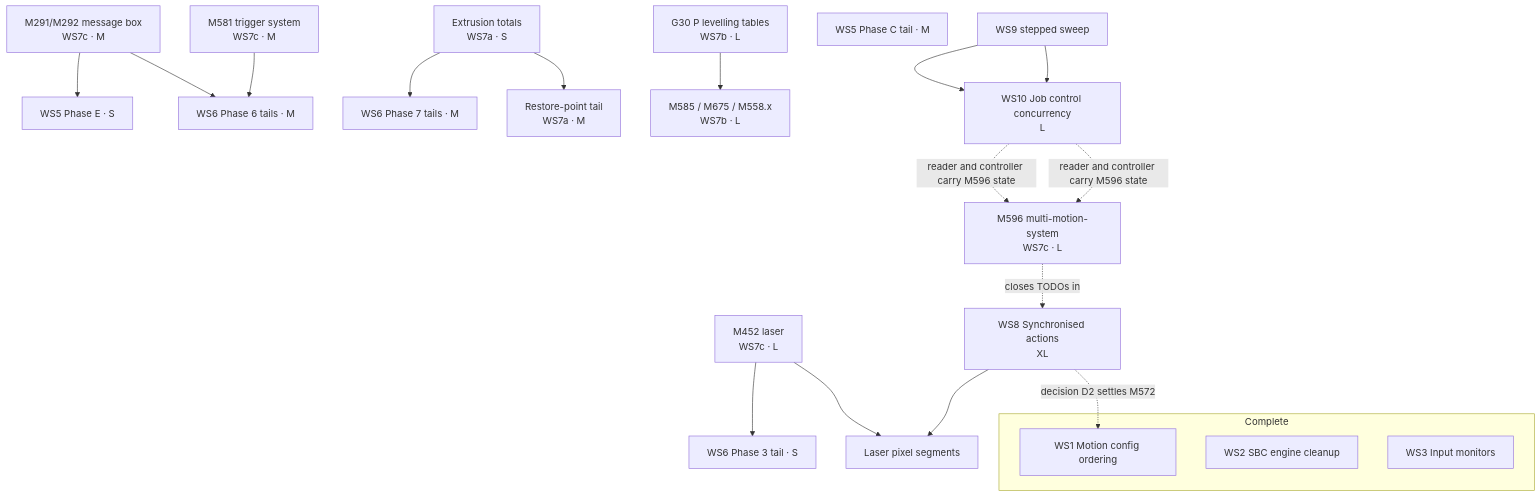
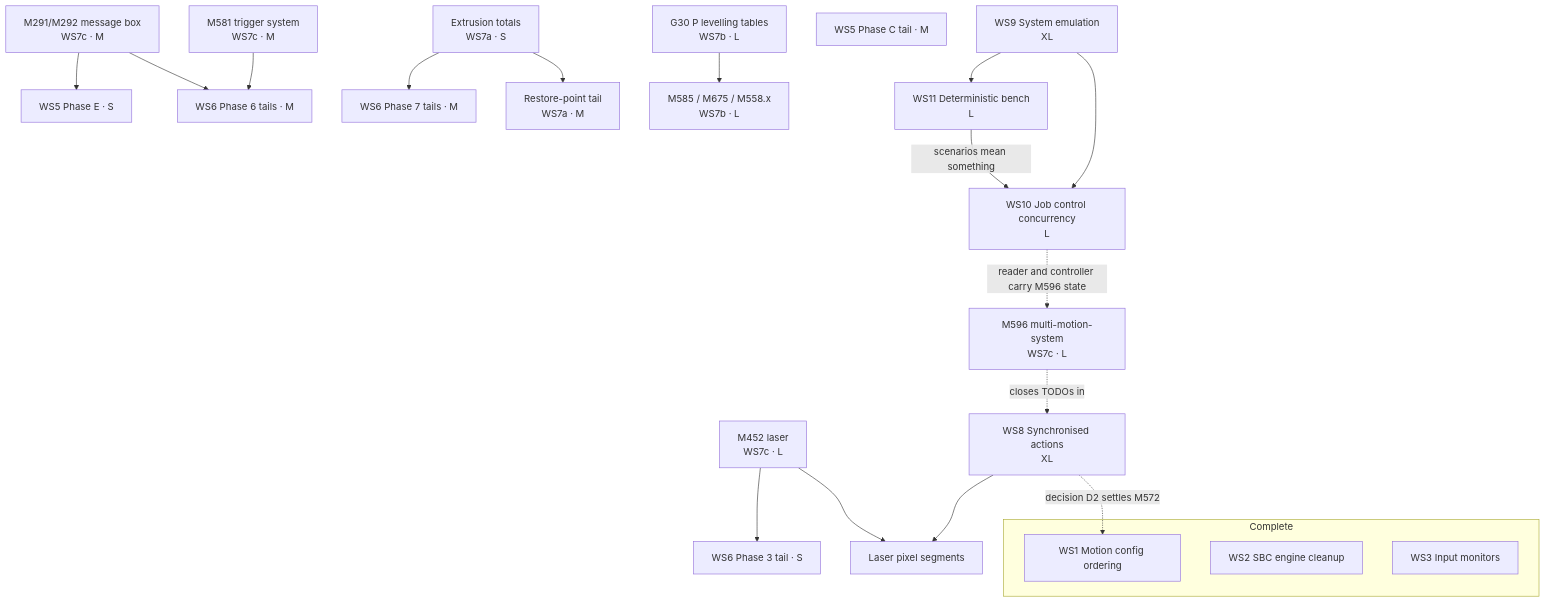
One commit to Duet3D/DuetSoftwareFramework changed the diagram in docs/devel/PROJECT_OVERVIEW.md. Above: the diagram before and after it, drawn with Mermaid. The commit also changed other lines of this file and 6 other files, not shown here.

Commit message:
plan: refine job control plan & add deterministic test plan

````diff
--- a/docs/devel/PROJECT_OVERVIEW.md
+++ b/docs/devel/PROJECT_OVERVIEW.md
@@ -246,42 +265,42 @@
 ```mermaid
 graph TD
     subgraph done ["Complete"]
         WS1["WS1 Motion config ordering"]
         WS2["WS2 SBC engine cleanup"]
         WS3["WS3 Input monitors"]
     end
 
     M291["M291/M292 message box<br/>WS7c · M"]
     M581["M581 trigger system<br/>WS7c · M"]
     M452["M452 laser<br/>WS7c · L"]
     M596["M596 multi-motion-system<br/>WS7c · L"]
     EXTR["Extrusion totals<br/>WS7a · S"]
     G30P["G30 P levelling tables<br/>WS7b · L"]
 
     E_C["WS5 Phase C tail · M"]
     E_E["WS5 Phase E · S"]
     J6["WS6 Phase 6 tails · M"]
     J3["WS6 Phase 3 tail · S"]
     J7["WS6 Phase 7 tails · M"]
     PROBE["M585 / M675 / M558.x<br/>WS7b · L"]
     RP["Restore-point tail<br/>WS7a · M"]
     WS8["WS8 Synchronised actions<br/>XL"]
     LASERSEG["Laser pixel segments"]
     WS9["WS9 System emulation<br/>XL"]
 
     M291 --> E_E
     M291 --> J6
     M581 --> J6
     M452 --> J3
     EXTR --> J7
     EXTR --> RP
     G30P --> PROBE
     M596 -.->|closes TODOs in| WS8
     WS8 --> LASERSEG
     M452 --> LASERSEG
     WS8 -.->|decision D2 settles M572| WS1
-    WS9["WS9 stepped sweep"] --> WS10["WS10 Job control concurrency<br/>L"]
-    WS10 -.->|reader and controller carry M596 state| M596
-    WS9["WS9 stepped sweep"] --> WS10["WS10 Job control concurrency<br/>L"]
+    WS9 --> WS11["WS11 Deterministic bench<br/>L"]
+    WS9 --> WS10["WS10 Job control concurrency<br/>L"]
+    WS11 -->|scenarios mean something| WS10
     WS10 -.->|reader and controller carry M596 state| M596
 ```
````
